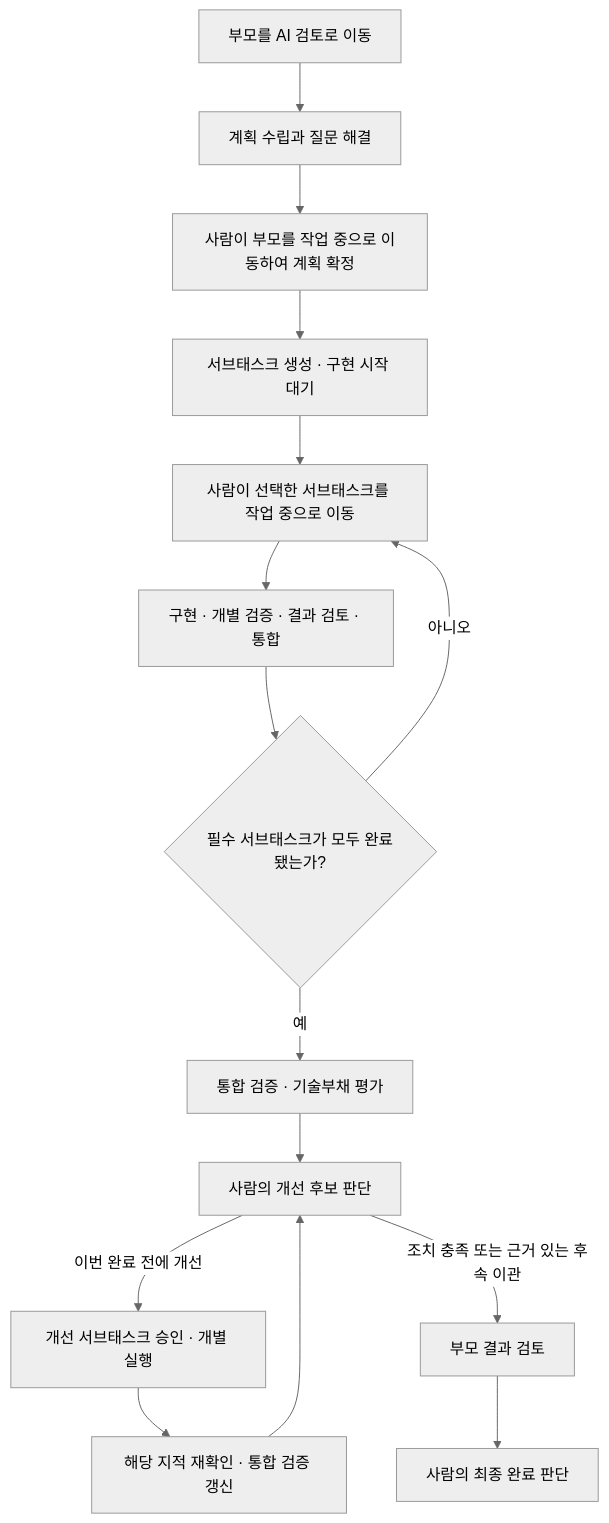
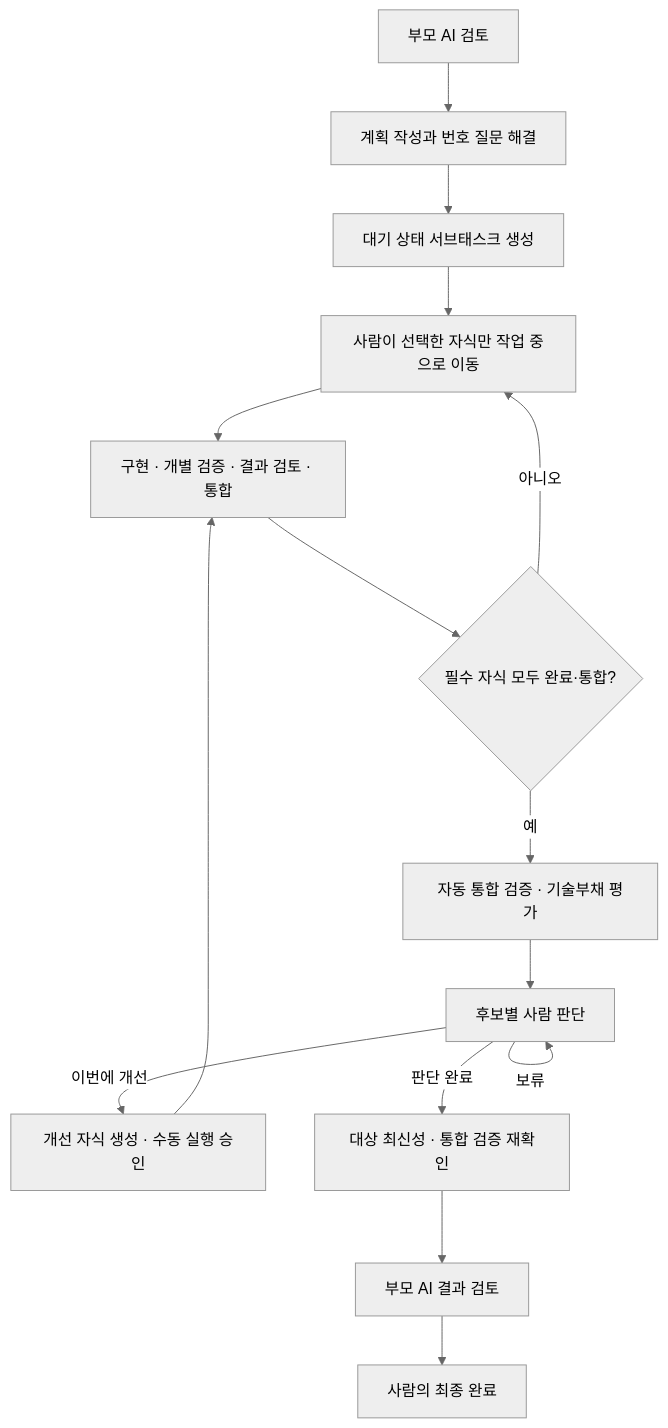
One commit to hokim84/ggjira changed the diagram in docs/task-lifecycle-and-debt-review-direction.md. Above: the diagram before and after it, drawn with Mermaid (neutral theme). The commit also changed other lines of this file and 86 other files, not shown here.

````diff
--- a/docs/task-lifecycle-and-debt-review-direction.md
+++ b/docs/task-lifecycle-and-debt-review-direction.md
@@ -86,17 +20,17 @@
 ```mermaid
 flowchart TD
-    A[부모를 AI 검토로 이동] --> B[계획 수립과 질문 해결]
-    B --> C[사람이 부모를 작업 중으로 이동하여 계획 확정]
-    C --> D[서브태스크 생성 · 구현 시작 대기]
-    D --> E[사람이 선택한 서브태스크를 작업 중으로 이동]
-    E --> F[구현 · 개별 검증 · 결과 검토 · 통합]
-    F --> G{필수 서브태스크가 모두 완료됐는가?}
-    G -- 아니오 --> E
-    G -- 예 --> H[통합 검증 · 기술부채 평가]
-    H --> I[사람의 개선 후보 판단]
-    I -- 이번 완료 전에 개선 --> J[개선 서브태스크 승인 · 개별 실행]
-    J --> K[해당 지적 재확인 · 통합 검증 갱신]
-    K --> I
-    I -- 조치 충족 또는 근거 있는 후속 이관 --> L[부모 결과 검토]
-    L --> M[사람의 최종 완료 판단]
+    A[부모 AI 검토] --> B[계획 작성과 번호 질문 해결]
+    B --> C[대기 상태 서브태스크 생성]
+    C --> D[사람이 선택한 자식만 작업 중으로 이동]
+    D --> E[구현 · 개별 검증 · 결과 검토 · 통합]
+    E --> F{필수 자식 모두 완료·통합?}
+    F -- 아니오 --> D
+    F -- 예 --> G[자동 통합 검증 · 기술부채 평가]
+    G --> H[후보별 사람 판단]
+    H -- 이번에 개선 --> I[개선 자식 생성 · 수동 실행 승인]
+    I --> E
+    H -- 보류 --> H
+    H -- 판단 완료 --> J[대상 최신성 · 통합 검증 재확인]
+    J --> K[부모 AI 결과 검토]
+    K --> L[사람의 최종 완료]
 ```
````
